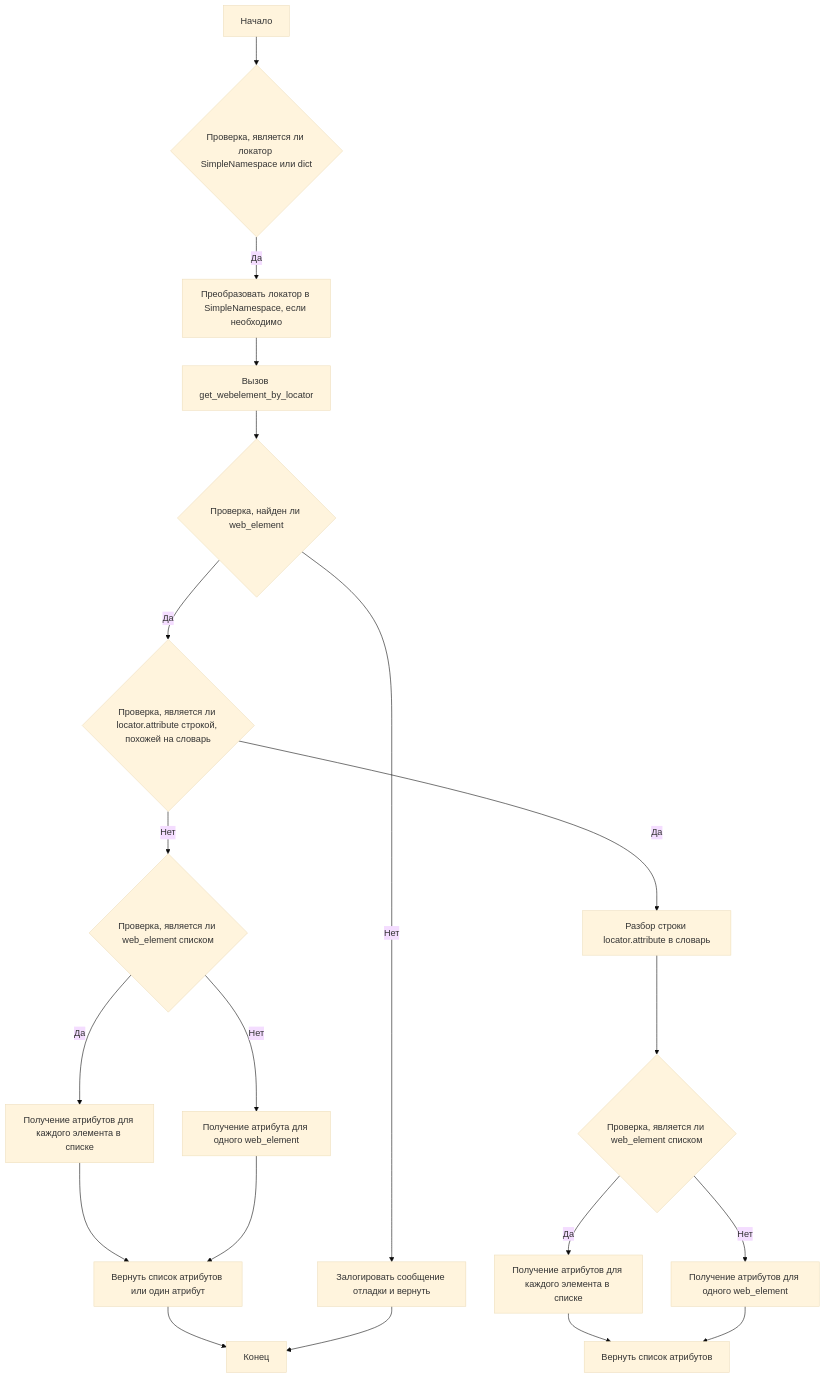
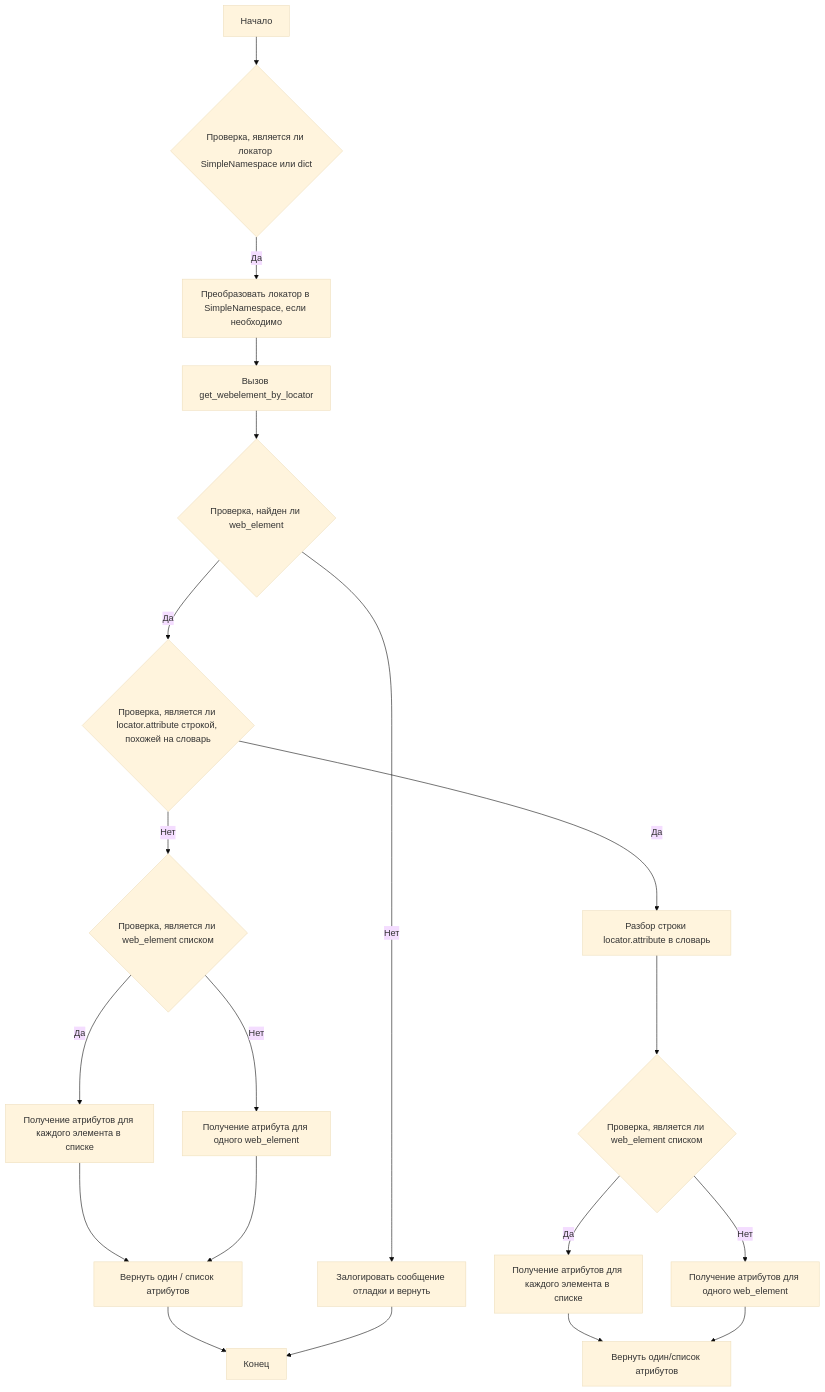
Before and after one commit to hypo69/webdriver: the third of 3 diagrams in docs/executor.ru.md, drawn with Mermaid (base theme). The commit also changed other lines of this file and 5 other files, not shown here.

````diff
--- a/docs/executor.ru.md
+++ b/docs/executor.ru.md
@@ -88,22 +90,22 @@
   ```mermaid
   graph TD
   Start[Начало] --> CheckIfLocatorIsSimpleNamespaceOrDict{Проверка, является ли локатор SimpleNamespace или dict}
   CheckIfLocatorIsSimpleNamespaceOrDict -->|Да| ConvertLocatorToSimpleNamespaceIfNeeded[Преобразовать локатор в SimpleNamespace, если необходимо]
   ConvertLocatorToSimpleNamespaceIfNeeded --> CallGetWebElementByLocator[Вызов get_webelement_by_locator]
   CallGetWebElementByLocator --> CheckIfWebElementIsFound{Проверка, найден ли web_element}
   CheckIfWebElementIsFound -->|Нет| LogDebugMessageAndReturn[Залогировать сообщение отладки и вернуть]
   CheckIfWebElementIsFound -->|Да| CheckIfAttributeIsDictionaryLikeString{Проверка, является ли locator.attribute строкой, похожей на словарь}
   CheckIfAttributeIsDictionaryLikeString -->|Да| ParseAttributeStringToDict[Разбор строки locator.attribute в словарь]
   ParseAttributeStringToDict --> CheckIfWebElementIsList{Проверка, является ли web_element списком}
   CheckIfWebElementIsList -->|Да| RetrieveAttributesForEachElementInList[Получение атрибутов для каждого элемента в списке]
-  RetrieveAttributesForEachElementInList --> ReturnListOfAttributes[Вернуть список атрибутов]
+  RetrieveAttributesForEachElementInList --> ReturnListOfAttributes[Вернуть один/список атрибутов]
   CheckIfWebElementIsList -->|Нет| RetrieveAttributesForSingleWebElement[Получение атрибутов для одного web_element]
   RetrieveAttributesForSingleWebElement --> ReturnListOfAttributes
   CheckIfAttributeIsDictionaryLikeString -->|Нет| CheckIfWebElementIsListAgain{Проверка, является ли web_element списком}
   CheckIfWebElementIsListAgain -->|Да| RetrieveAttributesForEachElementInListAgain[Получение атрибутов для каждого элемента в списке]
-  RetrieveAttributesForEachElementInListAgain --> ReturnListOfAttributesOrSingleAttribute[Вернуть список атрибутов или один атрибут]
+  RetrieveAttributesForEachElementInListAgain --> ReturnListOfAttributesOrSingleAttribute[Вернуть один / список атрибутов]
   CheckIfWebElementIsListAgain -->|Нет| RetrieveAttributeForSingleWebElementAgain[Получение атрибута для одного web_element]
   RetrieveAttributeForSingleWebElementAgain --> ReturnListOfAttributesOrSingleAttribute
   ReturnListOfAttributesOrSingleAttribute --> End[Конец]
   LogDebugMessageAndReturn --> End
   ```
````
